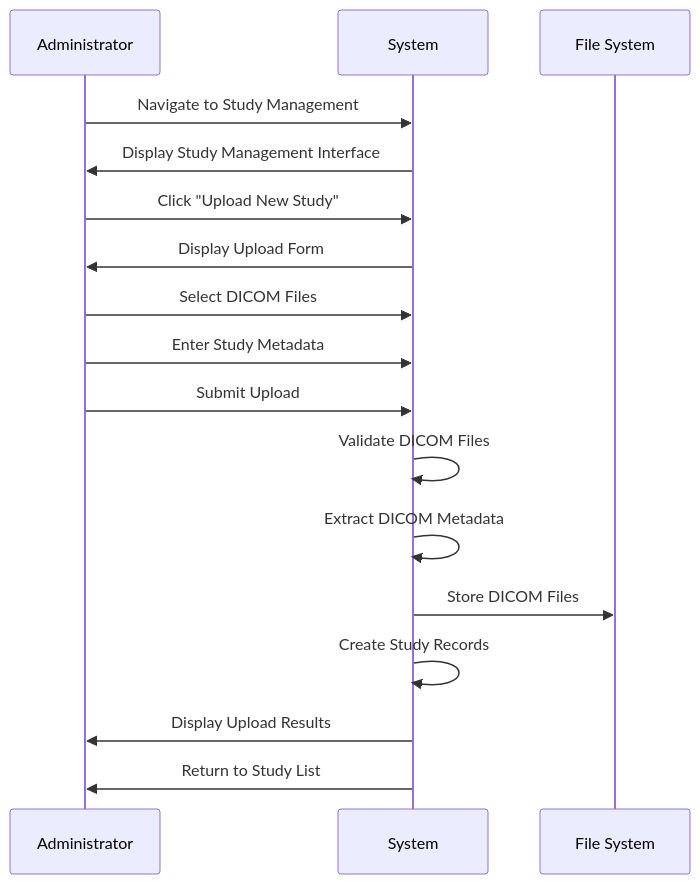
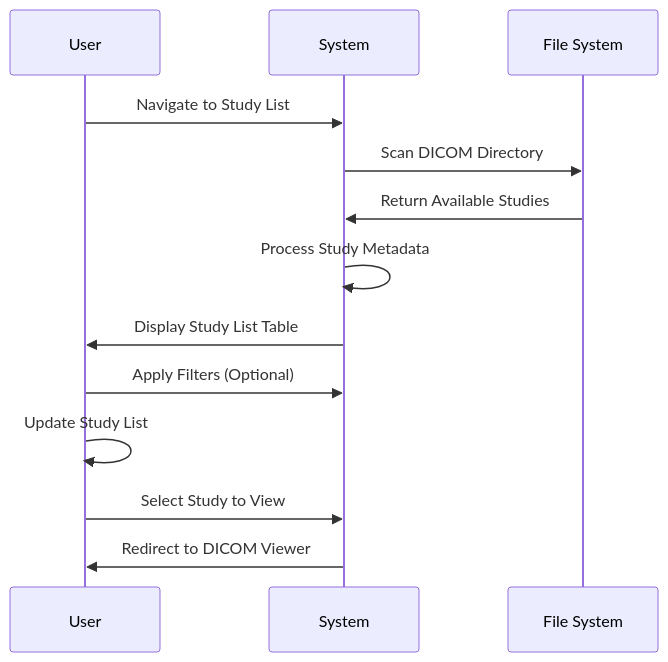
The second of 8 diagrams in docs/user_workflows.md (mgadaphy/dicom-research), drawn with Mermaid before and after one commit. The commit also changed other lines of this file and 1 other file, not shown here.

Commit message:
Updated the the documentations of the database schema

````diff
--- a/docs/user_workflows.md
+++ b/docs/user_workflows.md
@@ -102,20 +56,16 @@
 ```mermaid
 sequenceDiagram
-    participant A as Administrator
+    participant U as User
     participant S as System
     participant FS as File System
     
-    A->>S: Navigate to Study Management
-    S->>A: Display Study Management Interface
-    A->>S: Click "Upload New Study"
-    S->>A: Display Upload Form
-    A->>S: Select DICOM Files
-    A->>S: Enter Study Metadata
-    A->>S: Submit Upload
-    S->>S: Validate DICOM Files
-    S->>S: Extract DICOM Metadata
-    S->>FS: Store DICOM Files
-    S->>S: Create Study Records
-    S->>A: Display Upload Results
-    S->>A: Return to Study List
+    U->>S: Navigate to Study List
+    S->>FS: Scan DICOM Directory
+    FS->>S: Return Available Studies
+    S->>S: Process Study Metadata
+    S->>U: Display Study List Table
+    U->>S: Apply Filters (Optional)
+    U->>U: Update Study List
+    U->>S: Select Study to View
+    S->>U: Redirect to DICOM Viewer
 ```
````
